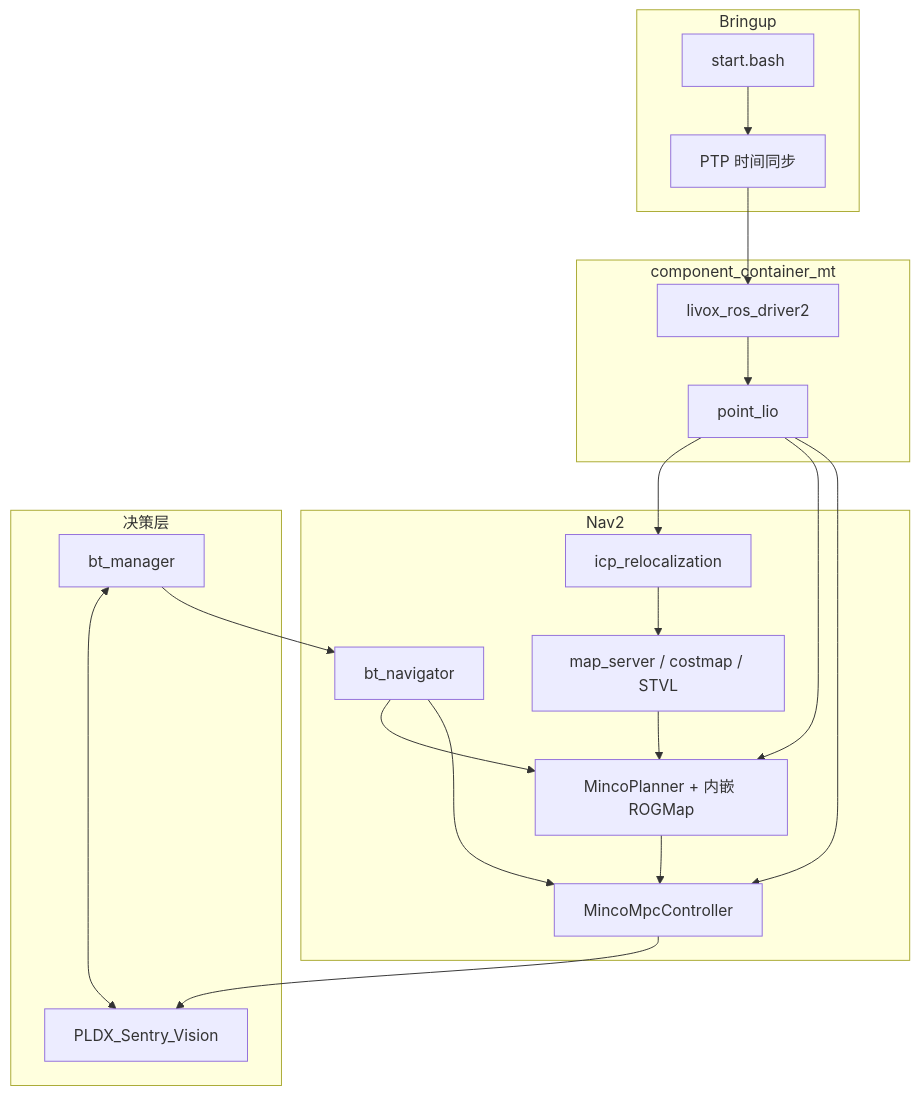
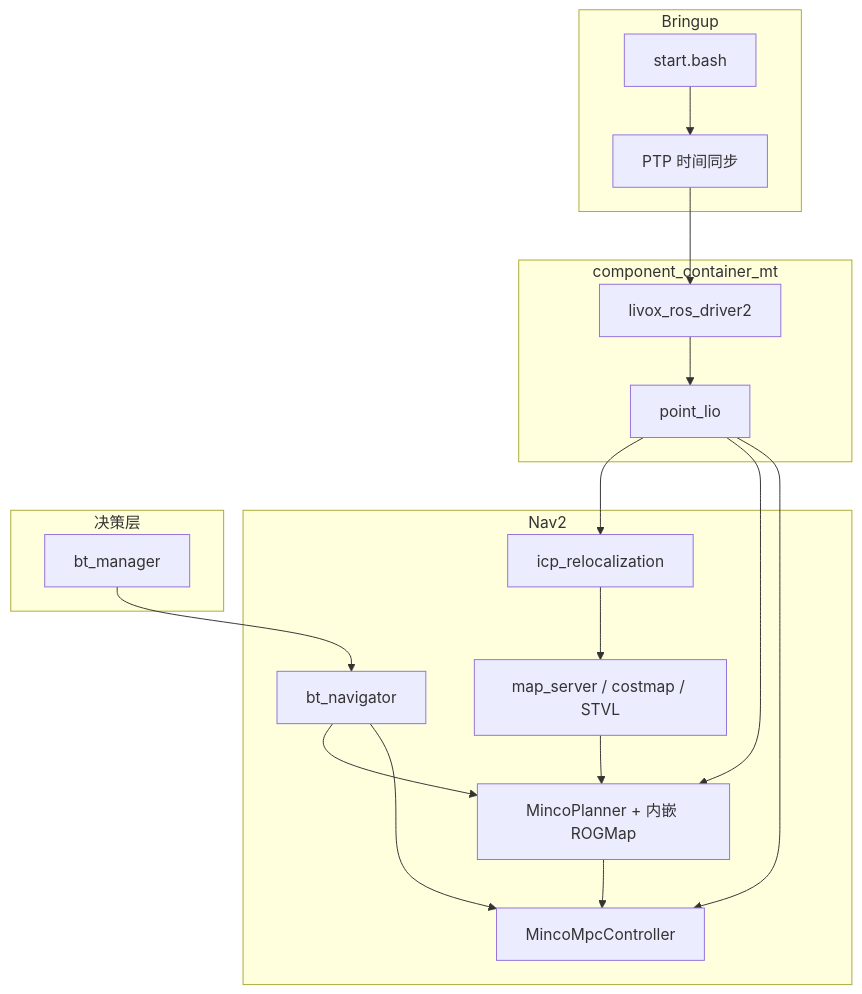
One commit to Wanqiq7/Pldx_ws changed the second of 2 diagrams in README.md. Above: the diagram before and after it, drawn with Mermaid. The commit also changed other lines of this file and 12 other files, not shown here.

````diff
--- a/README.md
+++ b/README.md
@@ -512,39 +507,36 @@
 ```mermaid
 flowchart TB
   subgraph Bringup
     START[start.bash]
     PTP[PTP 时间同步]
     START --> PTP
   end
 
   subgraph Container[component_container_mt]
     DRV[livox_ros_driver2]
     LIO[point_lio]
     DRV --> LIO
   end
 
   subgraph NavStack[Nav2]
     GICP[icp_relocalization]
     MAP[map_server / costmap / STVL]
     PLN[MincoPlanner + 内嵌 ROGMap]
     CTL[MincoMpcController]
     BTN[bt_navigator]
     GICP --> MAP
     MAP --> PLN --> CTL
     BTN --> PLN
     BTN --> CTL
   end
 
   subgraph DecisionLayer[决策层]
     BTM[bt_manager]
-    XR[PLDX_Sentry_Vision]
-    BTM <--> XR
     BTM --> BTN
   end
 
   PTP --> DRV
   LIO --> GICP
   LIO --> PLN
   LIO --> CTL
-  CTL --> XR
 ```
````
